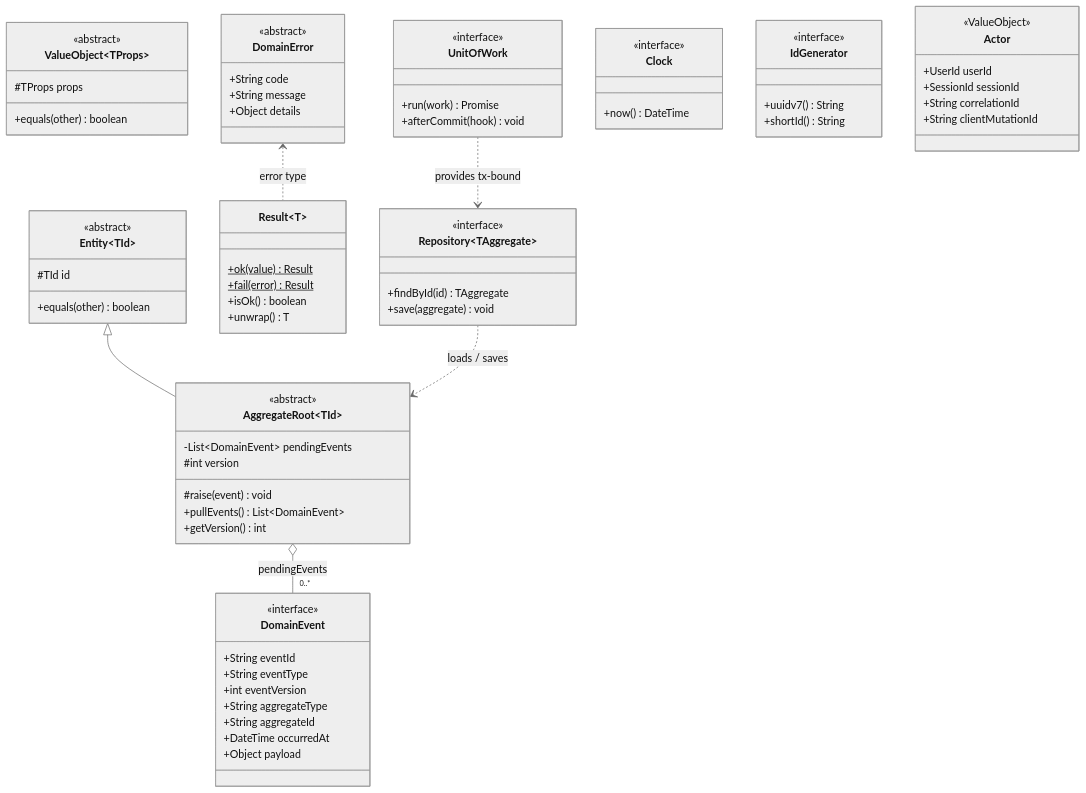
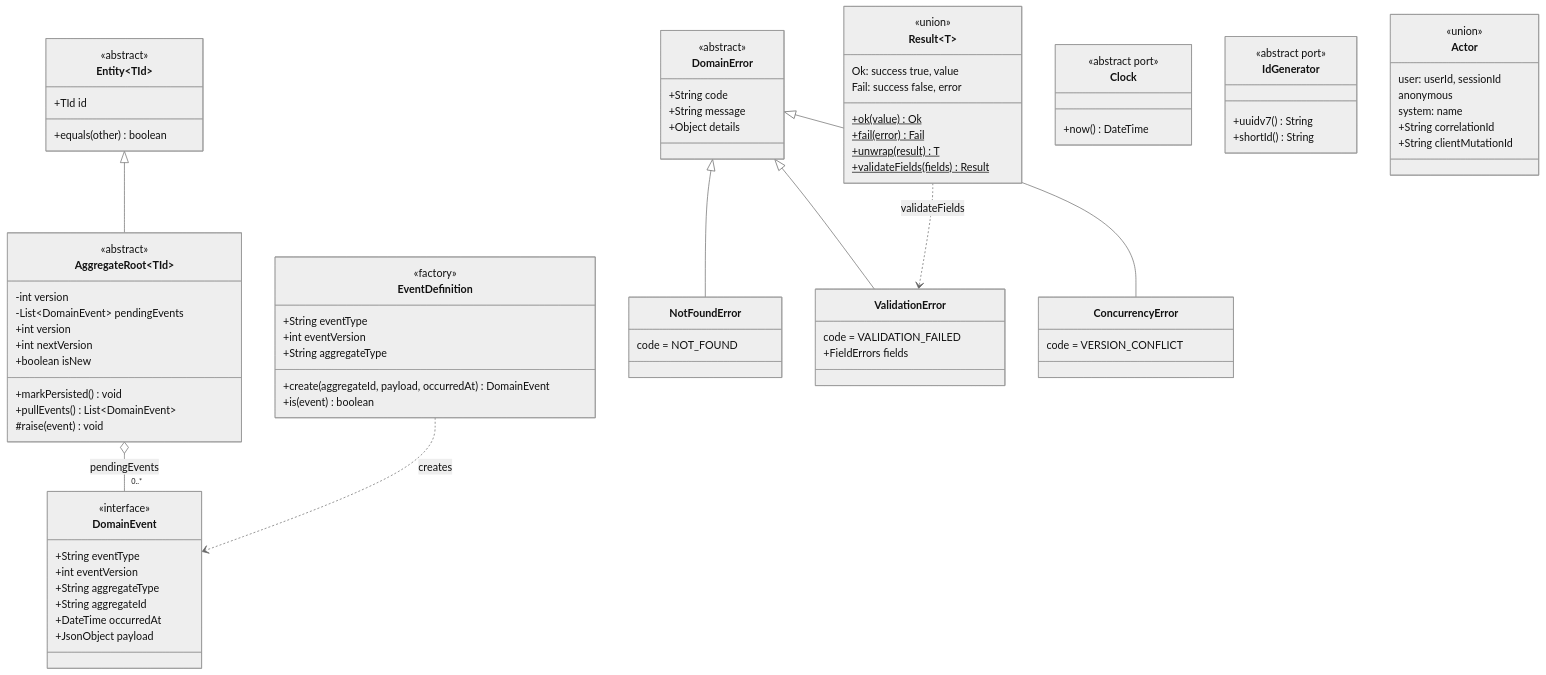
Before and after one commit to dauxuanhoanghung/my-ticket-board: the diagram in docs/diagrams/class/01-shared-kernel.md, drawn with Mermaid (neutral theme). The commit also changed other lines of this file and 33 other files, not shown here.

````diff
--- a/docs/diagrams/class/01-shared-kernel.md
+++ b/docs/diagrams/class/01-shared-kernel.md
@@ -7,31 +7,36 @@
   direction TB
   class Entity~TId~ {
     <<abstract>>
-    #TId id
+    +TId id
     +equals(other) boolean
   }
   class AggregateRoot~TId~ {
     <<abstract>>
+    -int version
     -List~DomainEvent~ pendingEvents
-    #int version
+    +int version
+    +int nextVersion
+    +boolean isNew
+    +markPersisted() void
+    +pullEvents() List~DomainEvent~
     #raise(event) void
-    +pullEvents() List~DomainEvent~
-    +getVersion() int
-  }
-  class ValueObject~TProps~ {
-    <<abstract>>
-    #TProps props
-    +equals(other) boolean
   }
   class DomainEvent {
     <<interface>>
-    +String eventId
     +String eventType
     +int eventVersion
     +String aggregateType
     +String aggregateId
     +DateTime occurredAt
-    +Object payload
+    +JsonObject payload
+  }
+  class EventDefinition {
+    <<factory>>
+    +String eventType
+    +int eventVersion
+    +String aggregateType
+    +create(aggregateId, payload, occurredAt) DomainEvent
+    +is(event) boolean
   }
   class DomainError {
     <<abstract>>
@@ -39,42 +44,48 @@
     +String message
     +Object details
   }
+  class NotFoundError {
+    code = NOT_FOUND
+  }
+  class ValidationError {
+    code = VALIDATION_FAILED
+    +FieldErrors fields
+  }
+  class ConcurrencyError {
+    code = VERSION_CONFLICT
+  }
   class Result~T~ {
-    +ok(value)$ Result
-    +fail(error)$ Result
-    +isOk() boolean
-    +unwrap() T
-  }
-  class Repository~TAggregate~ {
-    <<interface>>
-    +findById(id) TAggregate
-    +save(aggregate) void
-  }
-  class UnitOfWork {
-    <<interface>>
-    +run(work) Promise
-    +afterCommit(hook) void
+    <<union>>
+    Ok: success true, value
+    Fail: success false, error
+    +ok(value)$ Ok
+    +fail(error)$ Fail
+    +unwrap(result)$ T
+    +validateFields(fields)$ Result
   }
   class Clock {
-    <<interface>>
+    <<abstract port>>
     +now() DateTime
   }
   class IdGenerator {
-    <<interface>>
+    <<abstract port>>
     +uuidv7() String
     +shortId() String
   }
   class Actor {
-    <<ValueObject>>
-    +UserId userId
-    +SessionId sessionId
+    <<union>>
+    user: userId, sessionId
+    anonymous
+    system: name
     +String correlationId
     +String clientMutationId
   }
 
   Entity <|-- AggregateRoot
   AggregateRoot o-- "0..*" DomainEvent : pendingEvents
-  Repository ..> AggregateRoot : loads / saves
-  UnitOfWork ..> Repository : provides tx-bound
-  DomainError <.. Result : error type
+  EventDefinition ..> DomainEvent : creates
+  DomainError <|-- NotFoundError
+  DomainError <|-- ValidationError
+  DomainError <|-- ConcurrencyError
+  Result ..> ValidationError : validateFields
 ```
````
